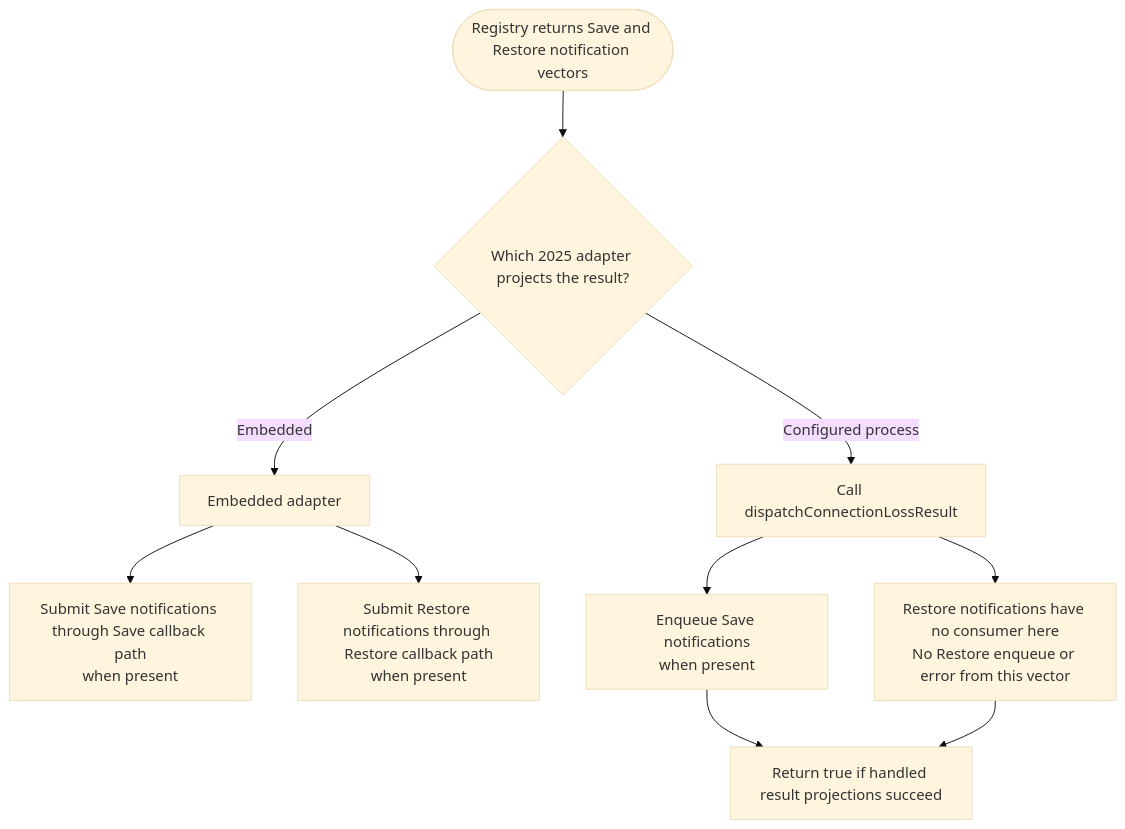
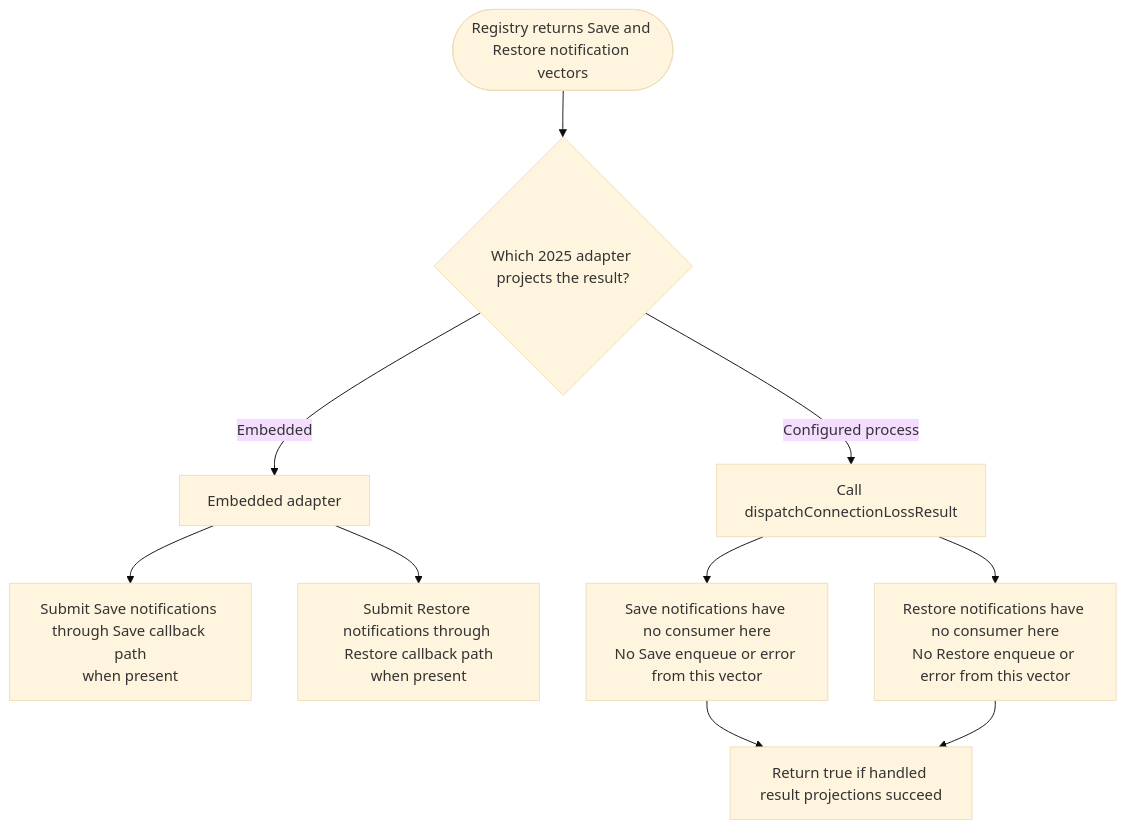
Before and after one commit to sheepfling/umbra: diagram 31 of 32 in docs/design/HLA-2025-FEDERATION-AND-FEDERATE-LIFECYCLE-FLOW-GUIDE.md, drawn with Mermaid (base theme). The commit also changed other lines of this file and 36 other files, not shown here.

````diff
--- a/docs/design/HLA-2025-FEDERATION-AND-FEDERATE-LIFECYCLE-FLOW-GUIDE.md
+++ b/docs/design/HLA-2025-FEDERATION-AND-FEDERATE-LIFECYCLE-FLOW-GUIDE.md
@@ -2023,14 +2095,14 @@
 ```mermaid
 flowchart TD
   accTitle: 2025 adapter projection of member-exit Save and Restore notifications
-  accDescr: The embedded adapters submit both planned notification families. The configured-process dispatcher enqueues Save notifications but has no Restore-notification consumer; it may still return success if the projections it handles succeed. This is a source-level finding, not a tested process callback outcome.
+  accDescr: The embedded adapters submit both planned notification families. The configured-process dispatcher consumes neither Save nor Restore notifications and may still return success if the other projections it handles succeed. This is a source-level finding, not a tested process callback outcome.
   Result([Registry returns Save and Restore notification vectors]) --> Profile{Which 2025 adapter projects the result?}
   Profile -->|Embedded| Embedded[Embedded adapter]
   Embedded --> ESave[Submit Save notifications through Save callback path<br/>when present]
   Embedded --> ERestore[Submit Restore notifications through Restore callback path<br/>when present]
   Profile -->|Configured process| Process[Call dispatchConnectionLossResult]
-  Process --> ProcessSave[Enqueue Save notifications<br/>when present]
+  Process --> ProcessSave[Save notifications have no consumer here<br/>No Save enqueue or error from this vector]
   Process --> ProcessRestore[Restore notifications have no consumer here<br/>No Restore enqueue or error from this vector]
   ProcessSave --> ProcessReturn[Return true if handled result projections succeed]
   ProcessRestore --> ProcessReturn
 ```
````
